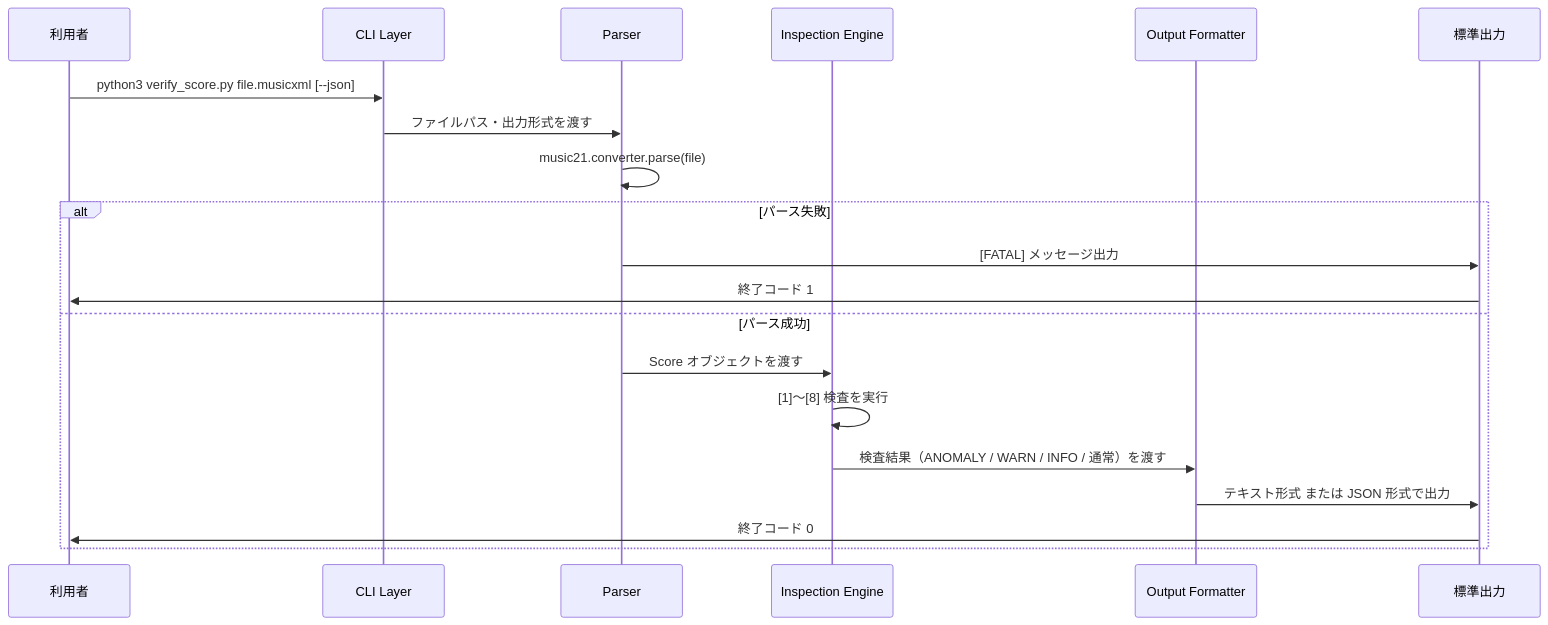
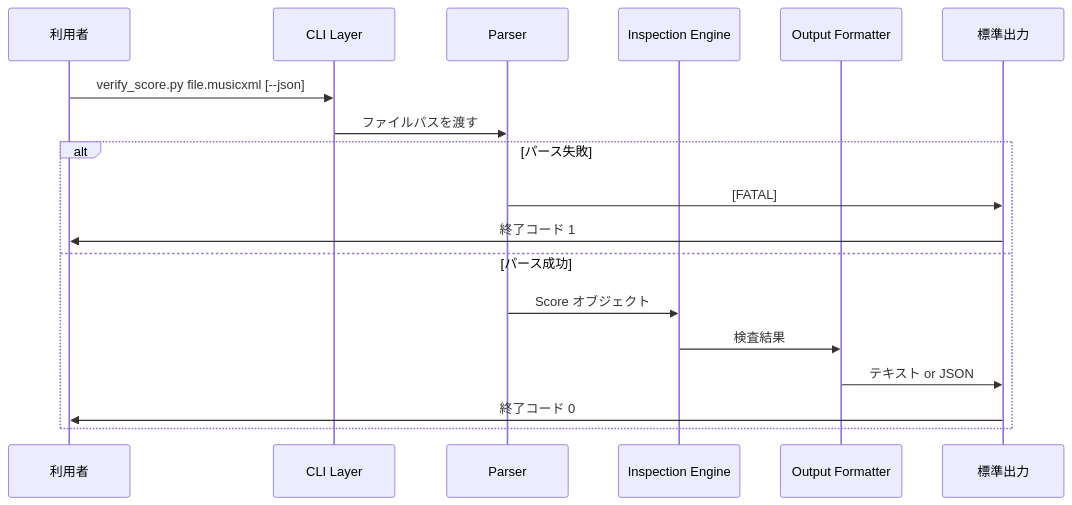
The second of 2 diagrams in docs/design/05_ARCHITECTURE_DESIGN.md (t-oikawa-sendai/score-reader), drawn with Mermaid before and after one commit. The commit also changed other lines of this file and 9 other files, not shown here.

````diff
--- a/docs/design/05_ARCHITECTURE_DESIGN.md
+++ b/docs/design/05_ARCHITECTURE_DESIGN.md
@@ -119,23 +109,21 @@
 ```mermaid
 sequenceDiagram
     participant U as 利用者
     participant CLI as CLI Layer
     participant P as Parser
     participant E as Inspection Engine
     participant F as Output Formatter
     participant Out as 標準出力
 
-    U->>CLI: python3 verify_score.py file.musicxml [--json]
-    CLI->>P: ファイルパス・出力形式を渡す
-    P->>P: music21.converter.parse(file)
+    U->>CLI: verify_score.py file.musicxml [--json]
+    CLI->>P: ファイルパスを渡す
     alt パース失敗
-        P->>Out: [FATAL] メッセージ出力
+        P->>Out: [FATAL]
         Out->>U: 終了コード 1
     else パース成功
-        P->>E: Score オブジェクトを渡す
-        E->>E: [1]〜[8] 検査を実行
-        E->>F: 検査結果（ANOMALY / WARN / INFO / 通常）を渡す
-        F->>Out: テキスト形式 または JSON 形式で出力
+        P->>E: Score オブジェクト
+        E->>F: 検査結果
+        F->>Out: テキスト or JSON
         Out->>U: 終了コード 0
     end
 ```
````
